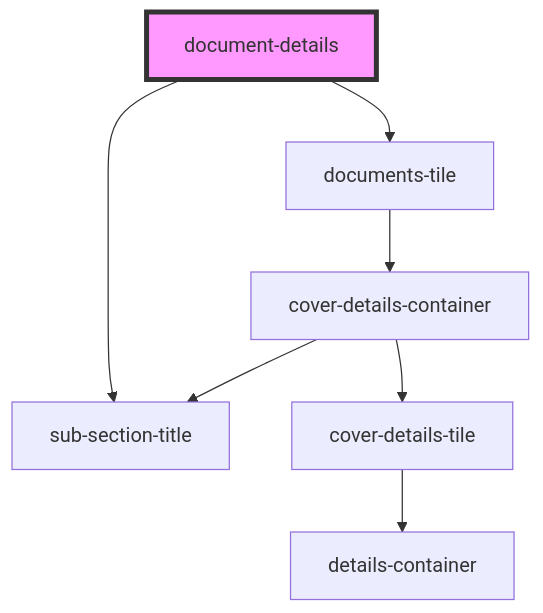
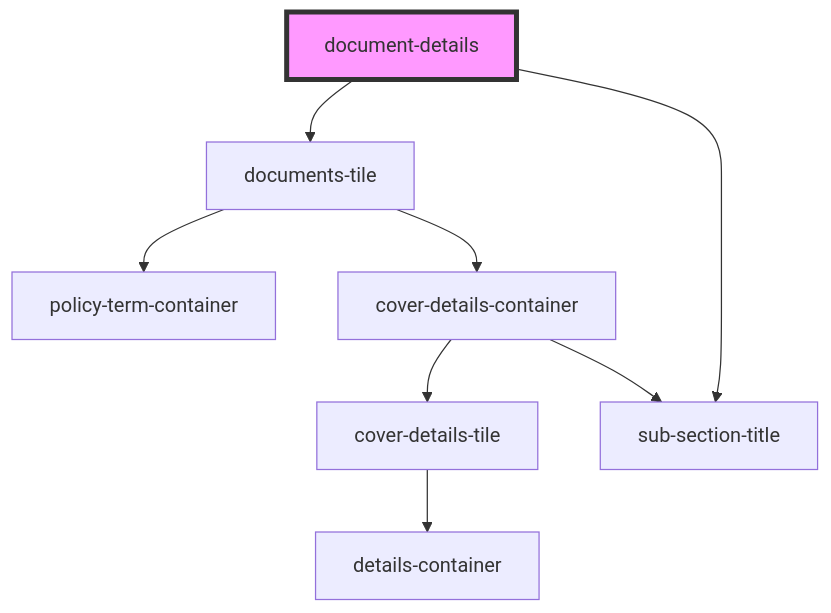
Before and after one commit to Cardiff-Ook/poc-component-library: the diagram in docs/components/page-layout/document-details/readme.md, drawn with Mermaid. The commit also changed 26 other files, not shown here.

````diff
--- a/docs/components/page-layout/document-details/readme.md
+++ b/docs/components/page-layout/document-details/readme.md
@@ -23,10 +23,11 @@
 ```mermaid
 graph TD;
   document-details --> documents-tile
   document-details --> sub-section-title
+  documents-tile --> policy-term-container
   documents-tile --> cover-details-container
   cover-details-container --> cover-details-tile
   cover-details-container --> sub-section-title
   cover-details-tile --> details-container
   style document-details fill:#f9f,stroke:#333,stroke-width:4px
 ```
````
